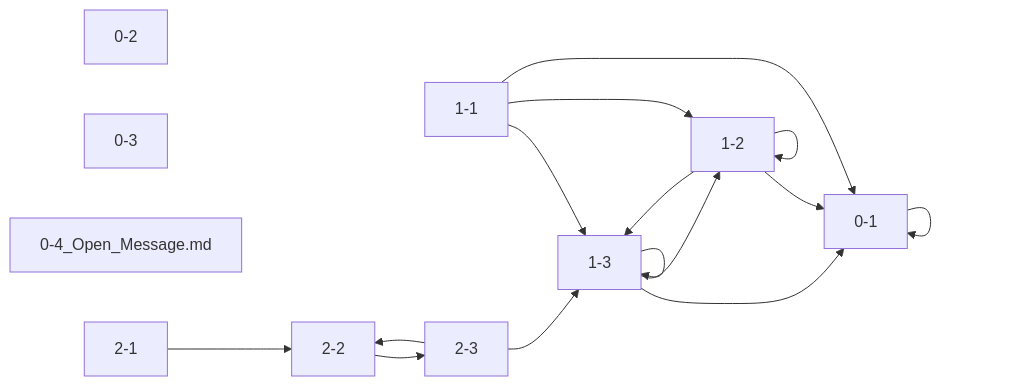
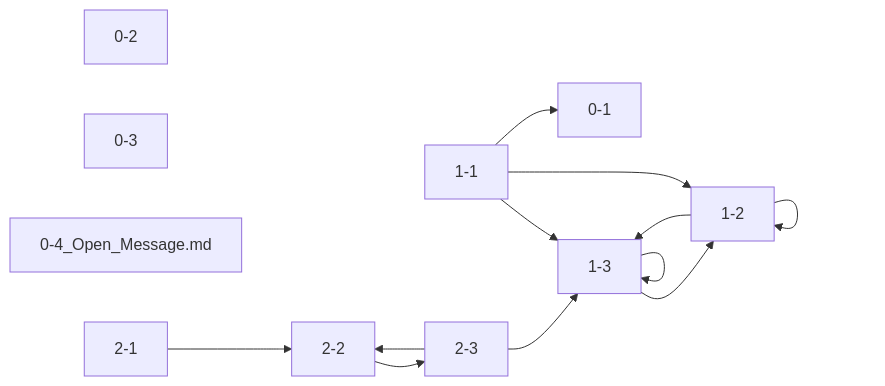
One commit to formkk/Ashport_Ourdream changed the diagram in tools/ref_graph.mmd. Above: the diagram before and after it, drawn with Mermaid. The commit also changed 9 other files, not shown here.

```diff
--- a/tools/ref_graph.mmd
+++ b/tools/ref_graph.mmd
@@ -1,28 +1,25 @@
 graph LR
     0-1["0-1"]
     0-2["0-2"]
     0-3["0-3"]
     0-4_Open_Message.md["0-4_Open_Message.md"]
     1-1["1-1"]
     1-2["1-2"]
     1-3["1-3"]
     2-1["2-1"]
     2-2["2-2"]
     2-3["2-3"]
 
-    0-1 --> 0-1
     1-1 --> 1-3
     1-1 --> 1-2
     1-1 --> 0-1
     1-2 --> 1-3
-    1-2 --> 0-1
     1-2 --> 1-2
     1-3 --> 1-3
-    1-3 --> 0-1
     1-3 --> 1-2
     2-1 --> 2-2
     2-2 --> 2-3
     2-3 --> 2-2
     2-3 --> 1-3
 
 %% 断链引用
```
